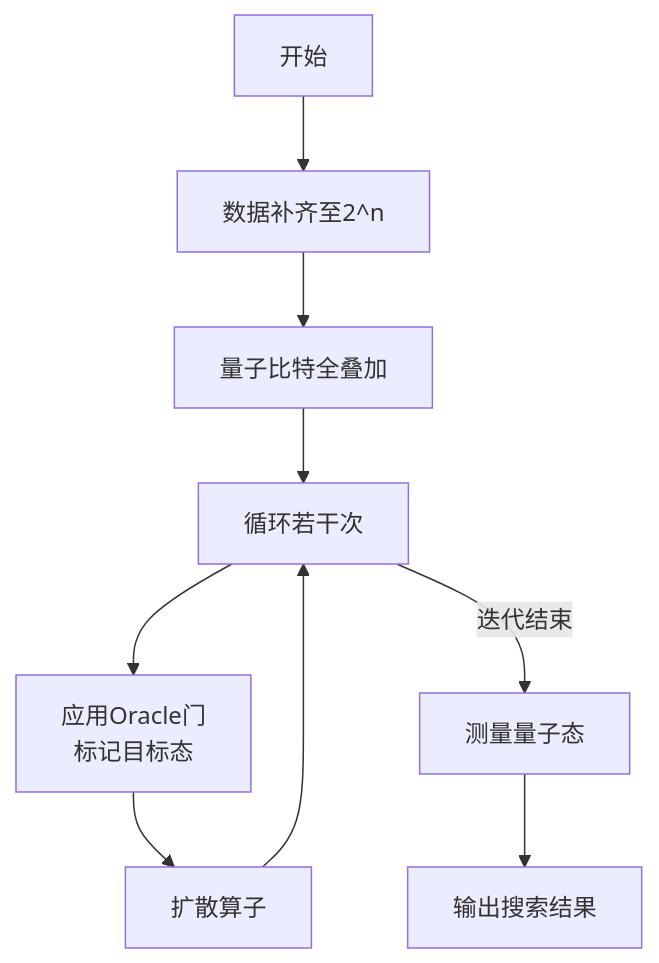
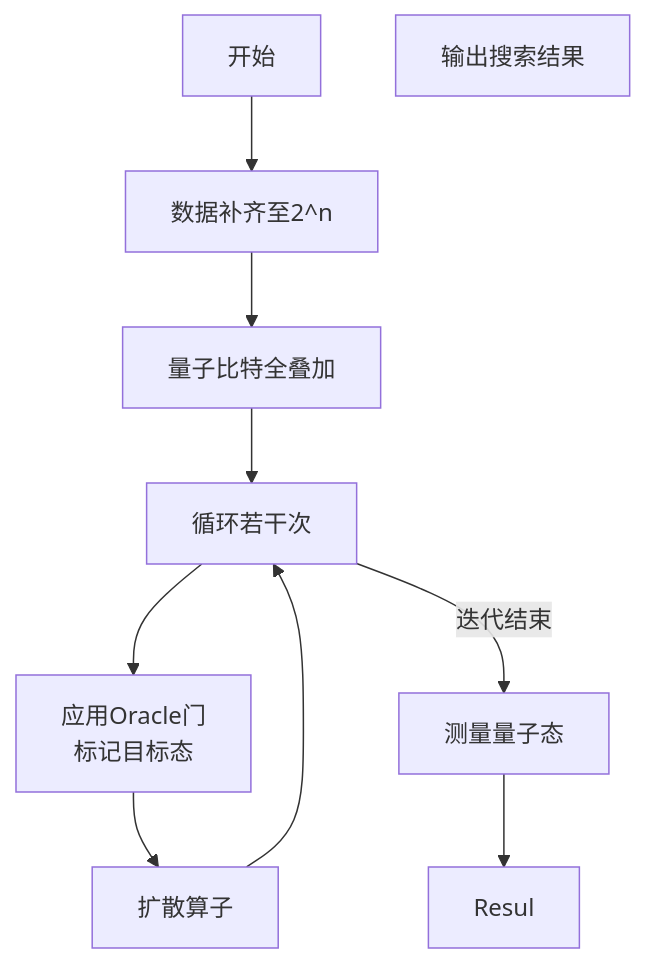
Before and after one commit to quan35/crawler_grover_search: the second of 3 diagrams in 项目报告.md, drawn with Mermaid. The commit also changed other lines of this file, not shown here.

````diff
--- a/项目报告.md
+++ b/项目报告.md
@@ -66,15 +112,16 @@
 ```mermaid
+
 flowchart TD
     Start["开始"]
     Pad["数据补齐至2^n"]
     Init["量子比特全叠加"]
     Oracle["应用Oracle门<br/>标记目标态"]
     Diff["扩散算子"]
     Loop["循环若干次"]
     Measure["测量量子态"]
     Result["输出搜索结果"]
 
     Start --> Pad --> Init --> Loop
     Loop --> Oracle --> Diff --> Loop
-    Loop -->|迭代结束| Measure --> Result
+    Loop -->|迭代结束| Measure --> Resul
 ```
````
